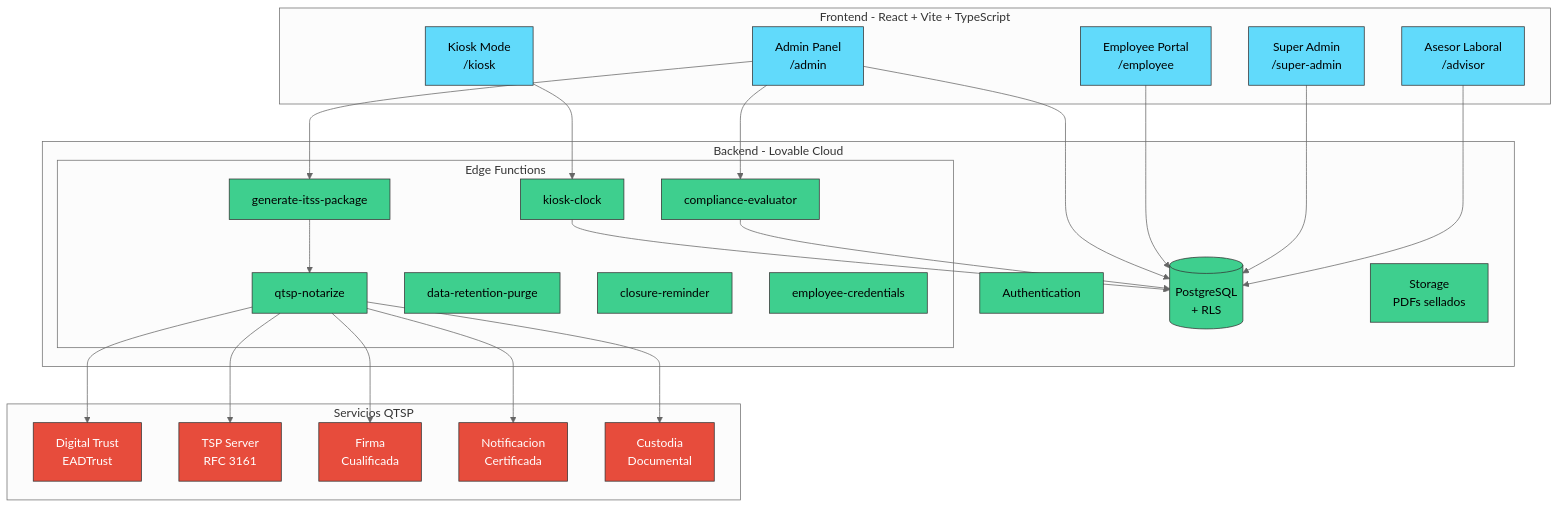
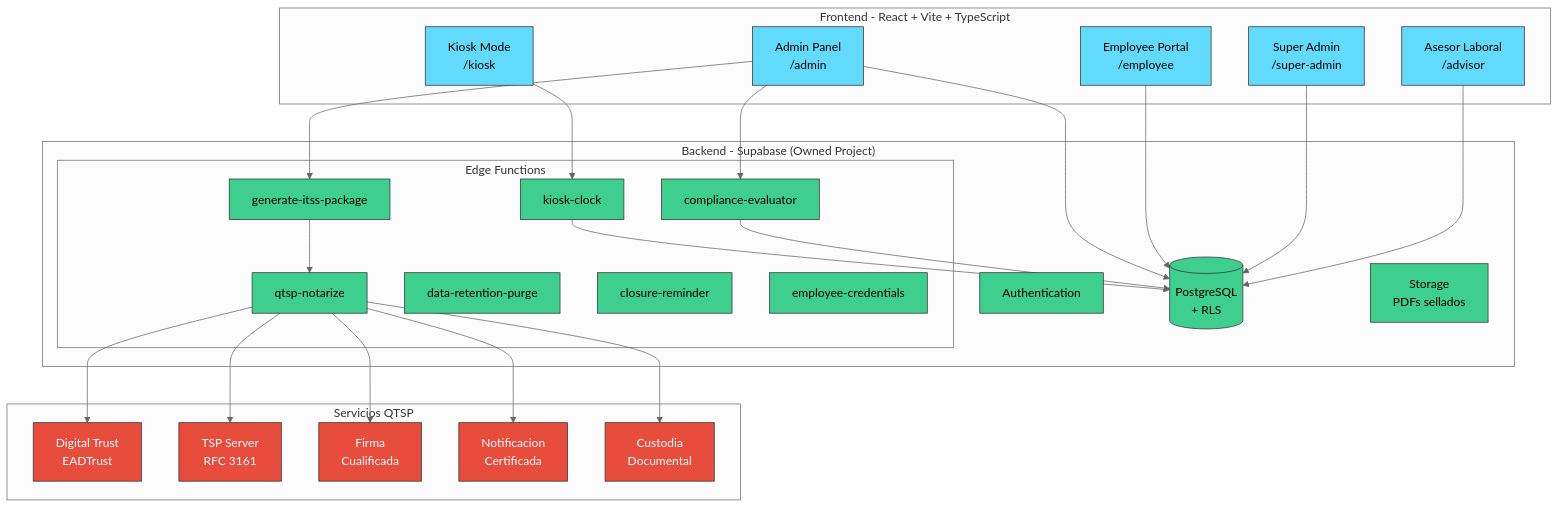
Before and after one commit to moimene/time-control-hub: the first of 27 diagrams in README.md, drawn with Mermaid (neutral theme). The commit also changed other lines of this file and 15 other files, not shown here.

````diff
--- a/README.md
+++ b/README.md
@@ -89,59 +89,59 @@
 ```mermaid
 graph TB
     subgraph "Frontend - React + Vite + TypeScript"
         KIOSK["Kiosk Mode\n/kiosk"]
         ADMIN["Admin Panel\n/admin"]
         EMP["Employee Portal\n/employee"]
         SUPER["Super Admin\n/super-admin"]
         ADVISOR["Asesor Laboral\n/advisor"]
     end
 
-    subgraph "Backend - Lovable Cloud"
+    subgraph "Backend - Supabase (Owned Project)"
         AUTH["Authentication"]
         DB[("PostgreSQL\n+ RLS")]
         STORAGE["Storage\nPDFs sellados"]
         
         subgraph "Edge Functions"
             EF1[kiosk-clock]
             EF2[compliance-evaluator]
             EF3[generate-itss-package]
             EF4[qtsp-notarize]
             EF5[data-retention-purge]
             EF6[closure-reminder]
             EF7[employee-credentials]
         end
     end
 
     subgraph "Servicios QTSP"
         DT["Digital Trust\nEADTrust"]
         TSP["TSP Server\nRFC 3161"]
         SIGN["Firma\nCualificada"]
         NOTIFY["Notificacion\nCertificada"]
         CUSTODY["Custodia\nDocumental"]
     end
 
     KIOSK --> EF1
     ADMIN --> DB
     ADMIN --> EF2
     ADMIN --> EF3
     EMP --> DB
     SUPER --> DB
     ADVISOR --> DB
     
     EF1 --> DB
     EF2 --> DB
     EF3 --> EF4
     EF4 --> DT
     EF4 --> TSP
     EF4 --> SIGN
     EF4 --> NOTIFY
     EF4 --> CUSTODY
 
     classDef frontend fill:#61dafb,stroke:#333,color:#000
     classDef backend fill:#3ecf8e,stroke:#333,color:#000
     classDef qtsp fill:#e74c3c,stroke:#333,color:#fff
     
     class KIOSK,ADMIN,EMP,SUPER,ADVISOR frontend
     class AUTH,DB,STORAGE,EF1,EF2,EF3,EF4,EF5,EF6,EF7 backend
     class DT,TSP,SIGN,NOTIFY,CUSTODY qtsp
 ```
````
